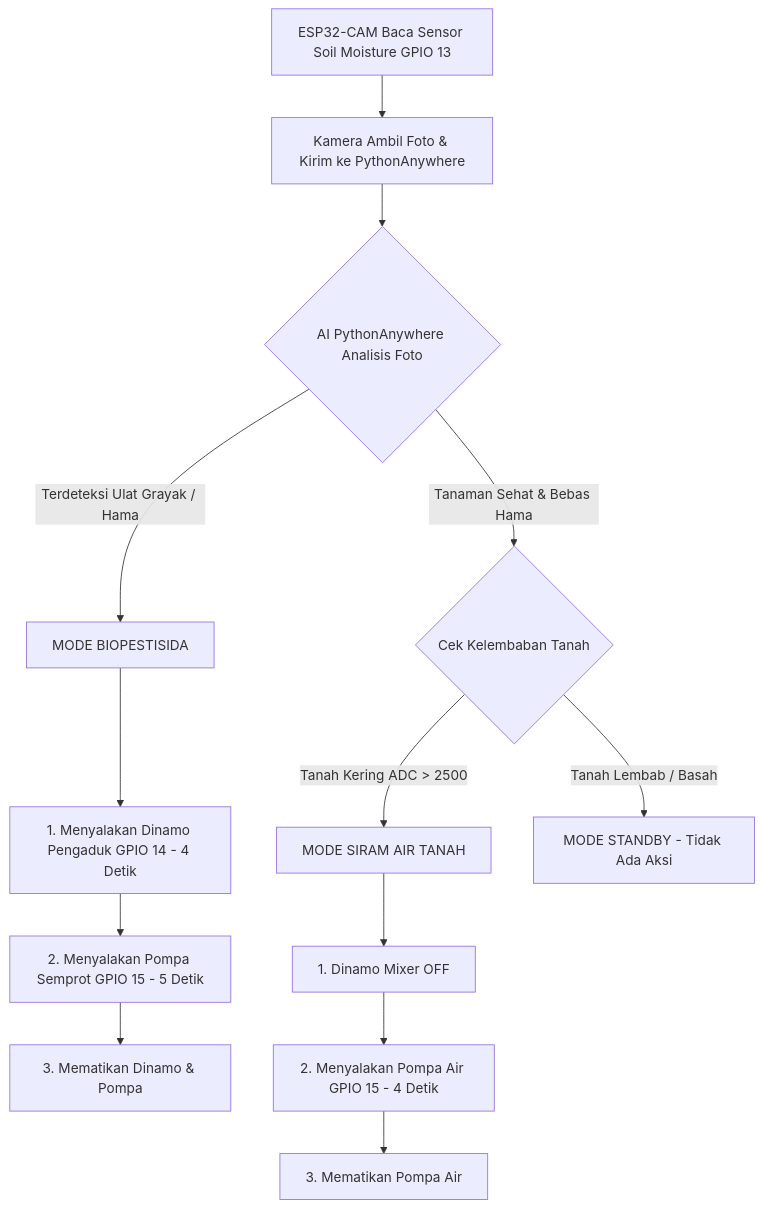
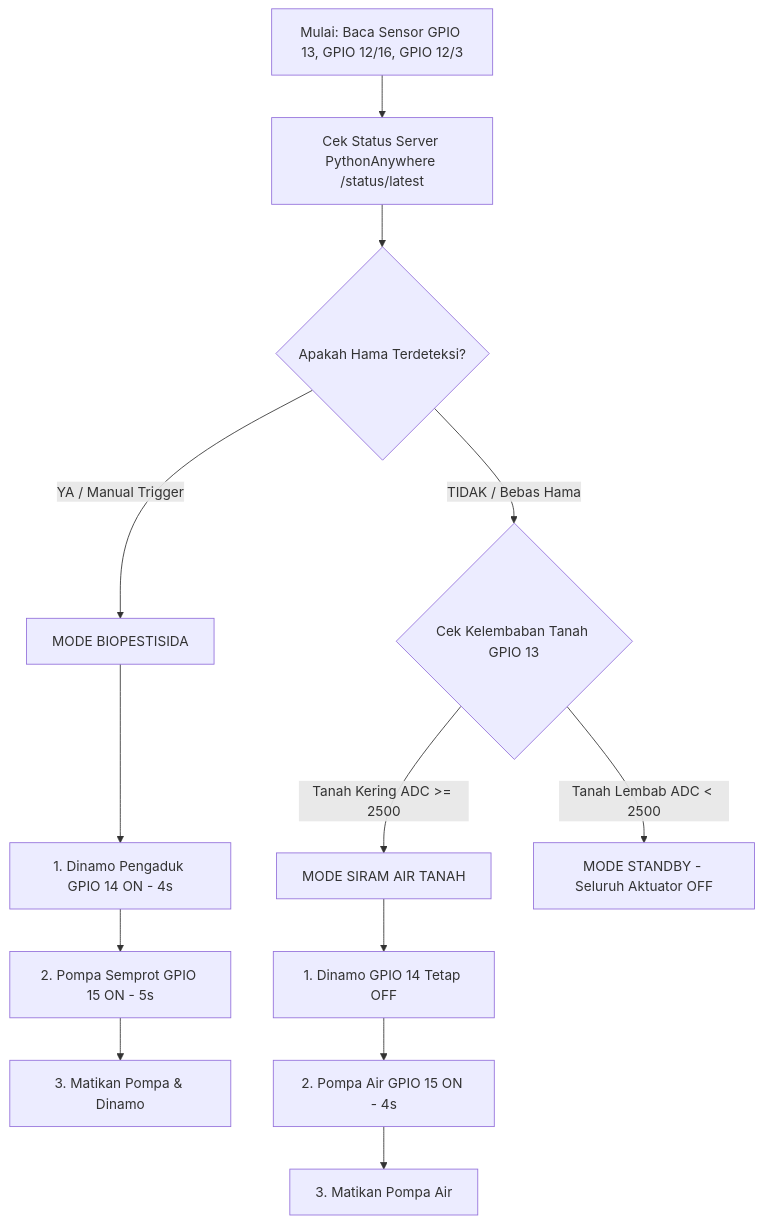
Before and after one commit to halimadicahya24-tech/BESTARI2: the diagram in esp32_cam/README_FIRMWARE.md, drawn with Mermaid. The commit also changed other lines of this file and 8 other files, not shown here.

````diff
--- a/esp32_cam/README_FIRMWARE.md
+++ b/esp32_cam/README_FIRMWARE.md
@@ -76,17 +41,17 @@
 ```mermaid
 graph TD
-    A[ESP32-CAM Baca Sensor Soil Moisture GPIO 13] --> B[Kamera Ambil Foto & Kirim ke PythonAnywhere]
-    B --> C{AI PythonAnywhere Analisis Foto}
-    C -->|Terdeteksi Ulat Grayak / Hama| D[MODE BIOPESTISIDA]
-    D --> D1[1. Menyalakan Dinamo Pengaduk GPIO 14 - 4 Detik]
-    D1 --> D2[2. Menyalakan Pompa Semprot GPIO 15 - 5 Detik]
-    D2 --> D3[3. Mematikan Dinamo & Pompa]
-
-    C -->|Tanaman Sehat & Bebas Hama| E{Cek Kelembaban Tanah}
-    E -->|Tanah Kering ADC > 2500| F[MODE SIRAM AIR TANAH]
-    F --> F1[1. Dinamo Mixer OFF]
-    F1 --> F2[2. Menyalakan Pompa Air GPIO 15 - 4 Detik]
-    F2 --> F3[3. Mematikan Pompa Air]
-
-    E -->|Tanah Lembab / Basah| G[MODE STANDBY - Tidak Ada Aksi]
+    A[Mulai: Baca Sensor GPIO 13, GPIO 12/16, GPIO 12/3] --> B[Cek Status Server PythonAnywhere /status/latest]
+    B --> C{Apakah Hama Terdeteksi?}
+    C -->|YA / Manual Trigger| D[MODE BIOPESTISIDA]
+    D --> D1[1. Dinamo Pengaduk GPIO 14 ON - 4s]
+    D1 --> D2[2. Pompa Semprot GPIO 15 ON - 5s]
+    D2 --> D3[3. Matikan Pompa & Dinamo]
+    
+    C -->|TIDAK / Bebas Hama| E{Cek Kelembaban Tanah GPIO 13}
+    E -->|Tanah Kering ADC >= 2500| F[MODE SIRAM AIR TANAH]
+    F --> F1[1. Dinamo GPIO 14 Tetap OFF]
+    F1 --> F2[2. Pompa Air GPIO 15 ON - 4s]
+    F2 --> F3[3. Matikan Pompa Air]
+    
+    E -->|Tanah Lembab ADC < 2500| G[MODE STANDBY - Seluruh Aktuator OFF]
 ```
````
